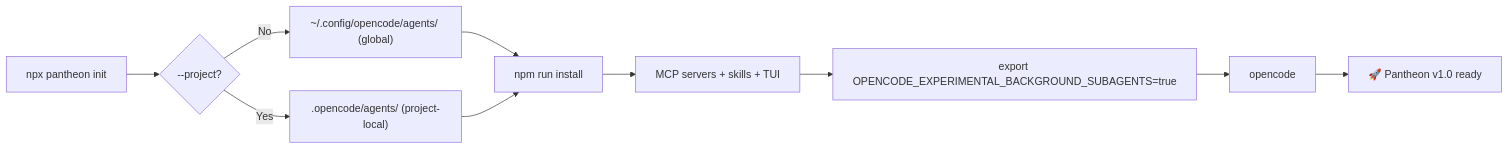
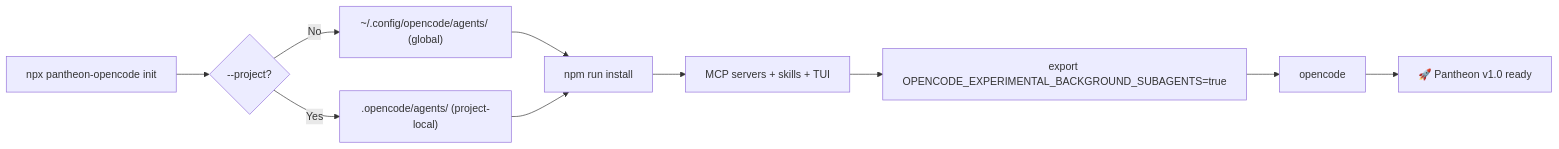
The first of 3 diagrams in docs/INSTALLATION.md (ils15/pantheon-opencode), drawn with Mermaid before and after one commit. The commit also changed other lines of this file and 18 other files, not shown here.

First line of the commit message:
refactor(install): unify setup flow, remove lifecycle install, fix entry points

````diff
--- a/docs/INSTALLATION.md
+++ b/docs/INSTALLATION.md
@@ -164,12 +164,12 @@
 ```mermaid
 flowchart LR
-    A["npx pantheon init"] --> B{"--project?"}
+    A["npx pantheon-opencode init"] --> B{"--project?"}
     B -->|No| C["~/.config/opencode/agents/ (global)"]
     B -->|Yes| D[".opencode/agents/ (project-local)"]
     C --> E["npm run install"]
     D --> E
     E --> F["MCP servers + skills + TUI"]
     F --> G["export OPENCODE_EXPERIMENTAL_BACKGROUND_SUBAGENTS=true"]
     G --> H["opencode"]
     H --> I["🚀 Pantheon v1.0 ready"]
 ```
````
